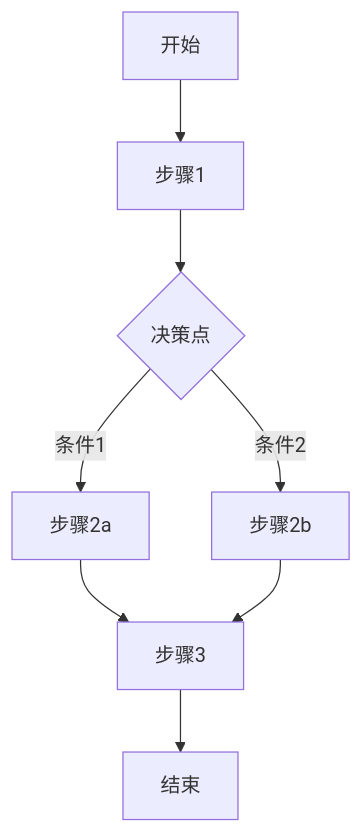
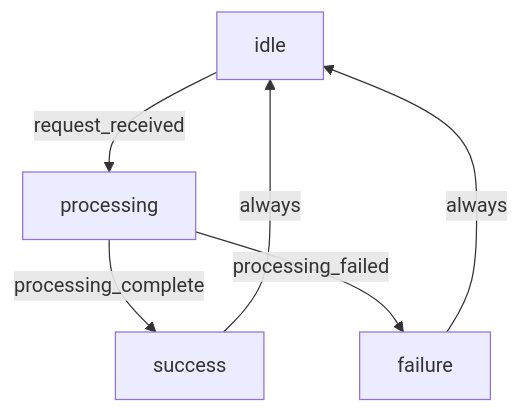
The diagram in skills/create-skill/assets/workflow-template.md (huanqwer/SkillFather), drawn with Mermaid before and after one commit. The commit also changed other lines of this file and 11 other files, not shown here.

````diff
--- a/skills/create-skill/assets/workflow-template.md
+++ b/skills/create-skill/assets/workflow-template.md
@@ -5,10 +147,8 @@
 ```mermaid
 graph TD
-    A[开始] --> B[步骤1]
-    B --> C{决策点}
-    C -->|条件1| D[步骤2a]
-    C -->|条件2| E[步骤2b]
-    D --> F[步骤3]
-    E --> F
-    F --> G[结束]
+    A[idle] -->|request_received| B[processing]
+    B -->|processing_complete| C[success]
+    B -->|processing_failed| D[failure]
+    C -->|always| A
+    D -->|always| A
 ```
````
